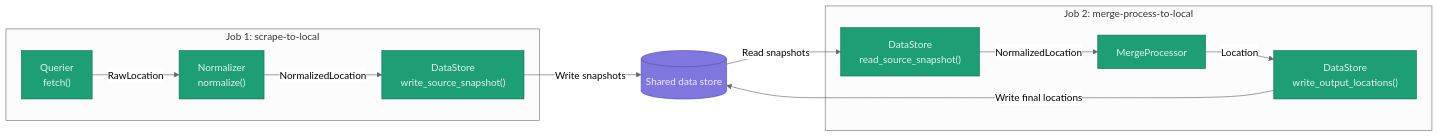
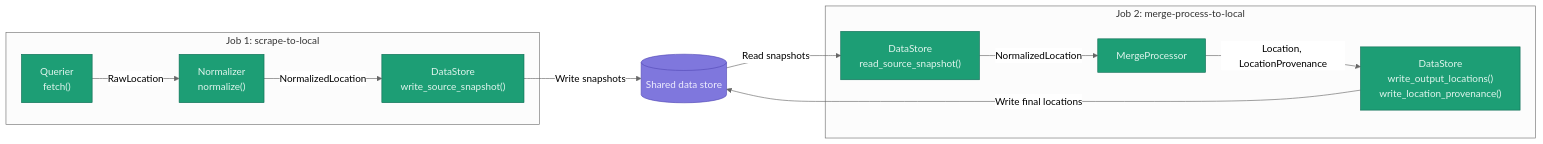
One commit to codeforboston/boston-circular-economy changed the diagram in etl/README.md. Above: the diagram before and after it, drawn with Mermaid (neutral theme). The commit also changed other lines of this file and 13 other files, not shown here.

Commit message:
added LocationProvenance, datastore helper functions, updated merge pipeline and docs

````diff
--- a/etl/README.md
+++ b/etl/README.md
@@ -7,22 +7,22 @@
 ```mermaid
 flowchart LR
     subgraph scrape["Job 1: scrape-to-local"]
         Q["Querier<br/>fetch()"] -->|RawLocation| N["Normalizer<br/>normalize()"]
         N -->|NormalizedLocation| I["DataStore<br/>write_source_snapshot()"]
     end
 
     subgraph merge["Job 2: merge-process-to-local"]
         R["DataStore<br/>read_source_snapshot()"] -->|NormalizedLocation| M["MergeProcessor"]
-        M -->|Location| O["DataStore<br/>write_output_locations()"]
+        M -->|Location, LocationProvenance| O["DataStore<br/>write_output_locations()<br/>write_location_provenance()"]
     end
 
     I -->|Write snapshots| DB[(Shared data store)]
     DB -->|Read snapshots| R
     O -->|Write final locations| DB
 
     classDef source fill:#1D9E75,stroke:#0F6E56,color:#E1F5EE
     classDef sourceTable fill:#7F77DD,stroke:#534AB7,color:#EEEDFE
 
     class Q,N,I,R,M,O source
     class DB sourceTable
 ```
````
